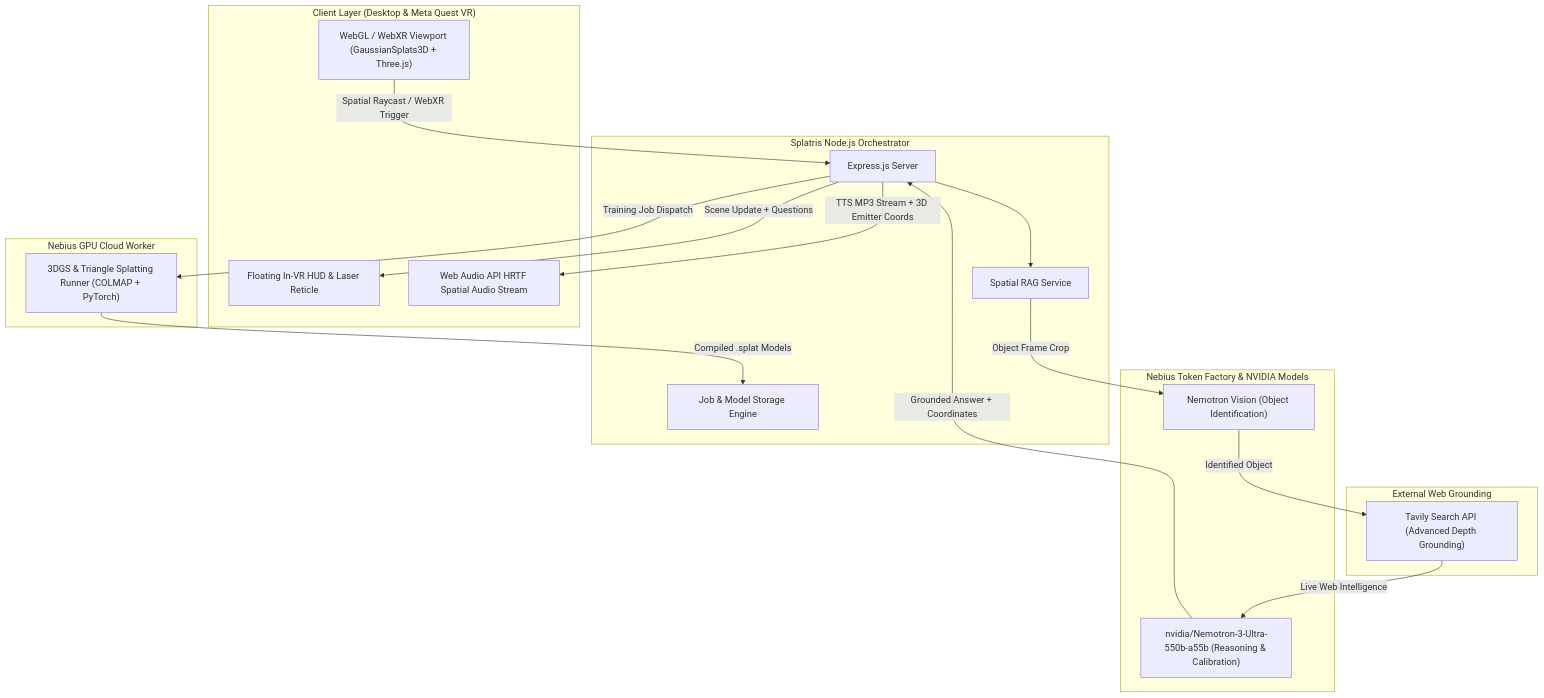
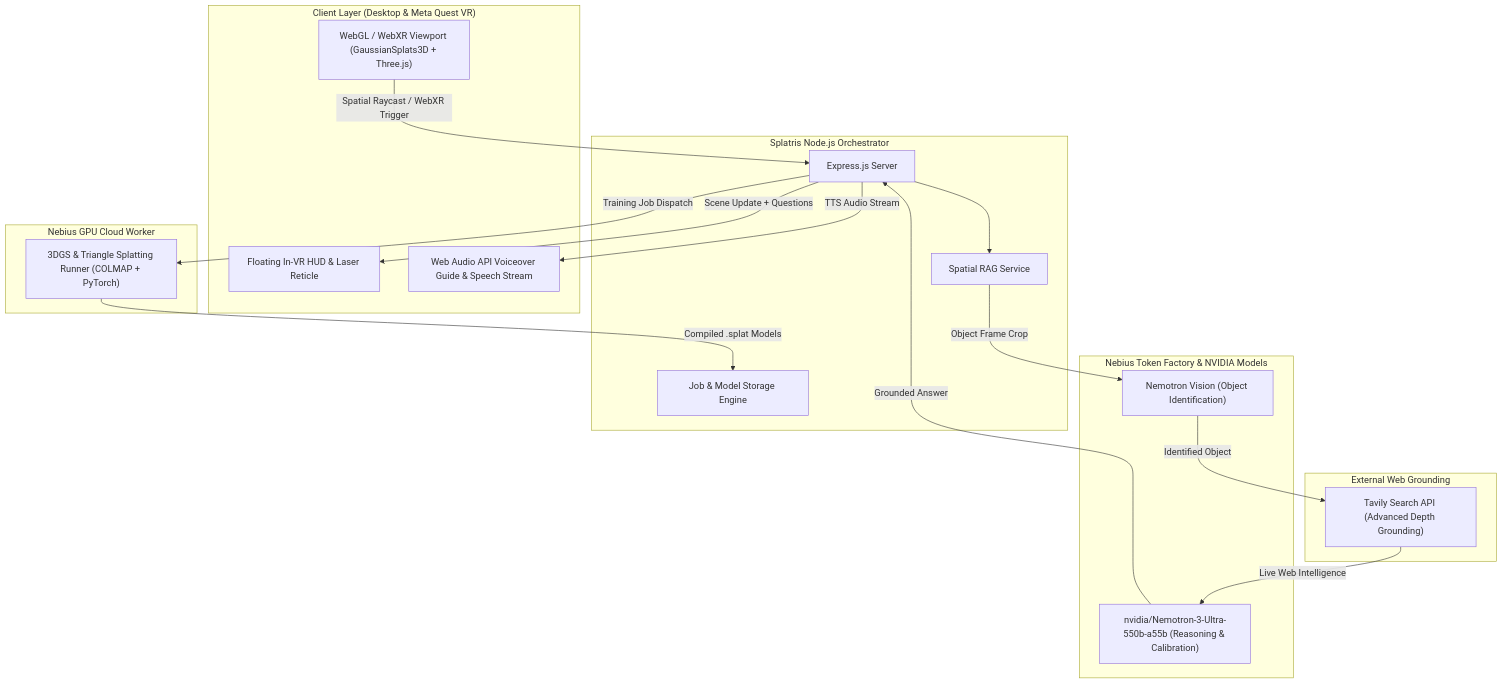
One commit to memetcircus/splatris changed the diagram in README.md. Above: the diagram before and after it, drawn with Mermaid. The commit also changed other lines of this file and 1 other file, not shown here.

Commit message:
docs: align documentation with verified multi-view video pipeline and conversational voice guide

````diff
--- a/README.md
+++ b/README.md
@@ -50,39 +50,39 @@
 ```mermaid
 flowchart TD
     subgraph Client ["Client Layer (Desktop & Meta Quest VR)"]
         UI["WebGL / WebXR Viewport (GaussianSplats3D + Three.js)"]
         HUD["Floating In-VR HUD & Laser Reticle"]
-        Audio["Web Audio API HRTF Spatial Audio Stream"]
+        Audio["Web Audio API Voiceover Guide & Speech Stream"]
     end
 
     subgraph Backend ["Splatris Node.js Orchestrator"]
         Server["Express.js Server"]
         JobService["Job & Model Storage Engine"]
         RagEngine["Spatial RAG Service"]
     end
 
     subgraph AI ["Nebius Token Factory & NVIDIA Models"]
         NemotronReasoning["nvidia/Nemotron-3-Ultra-550b-a55b (Reasoning & Calibration)"]
         NemotronVision["Nemotron Vision (Object Identification)"]
     end
 
     subgraph Grounding ["External Web Grounding"]
         Tavily["Tavily Search API (Advanced Depth Grounding)"]
     end
 
     subgraph Compute ["Nebius GPU Cloud Worker"]
         Trainer["3DGS & Triangle Splatting Runner (COLMAP + PyTorch)"]
     end
 
     UI -->|Spatial Raycast / WebXR Trigger| Server
     Server --> RagEngine
     RagEngine -->|Object Frame Crop| NemotronVision
     NemotronVision -->|Identified Object| Tavily
     Tavily -->|Live Web Intelligence| NemotronReasoning
-    NemotronReasoning -->|Grounded Answer + Coordinates| Server
-    Server -->|TTS MP3 Stream + 3D Emitter Coords| Audio
+    NemotronReasoning -->|Grounded Answer| Server
+    Server -->|TTS Audio Stream| Audio
     Server -->|Scene Update + Questions| HUD
 
     Server -->|Training Job Dispatch| Trainer
     Trainer -->|Compiled .splat Models| JobService
 ```
````
